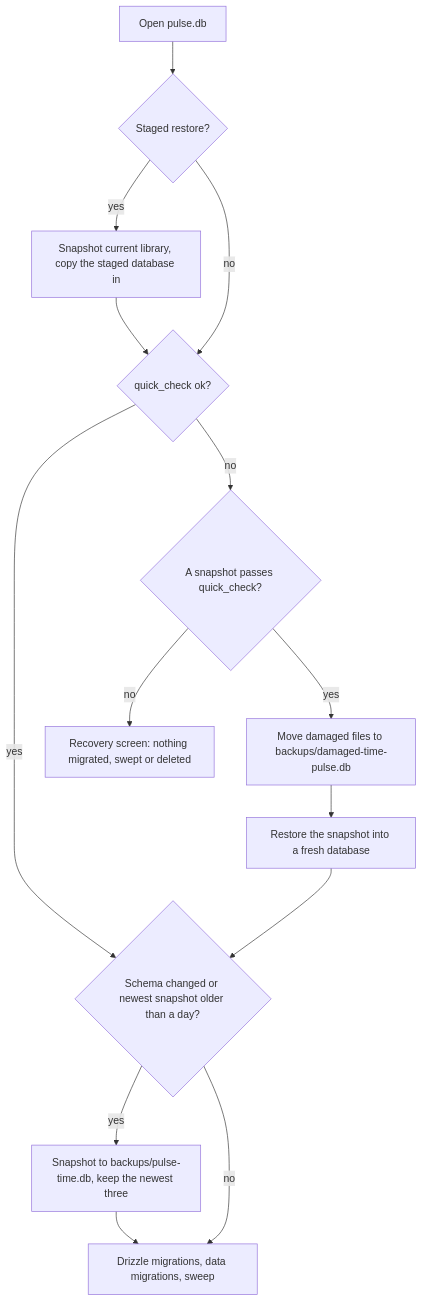
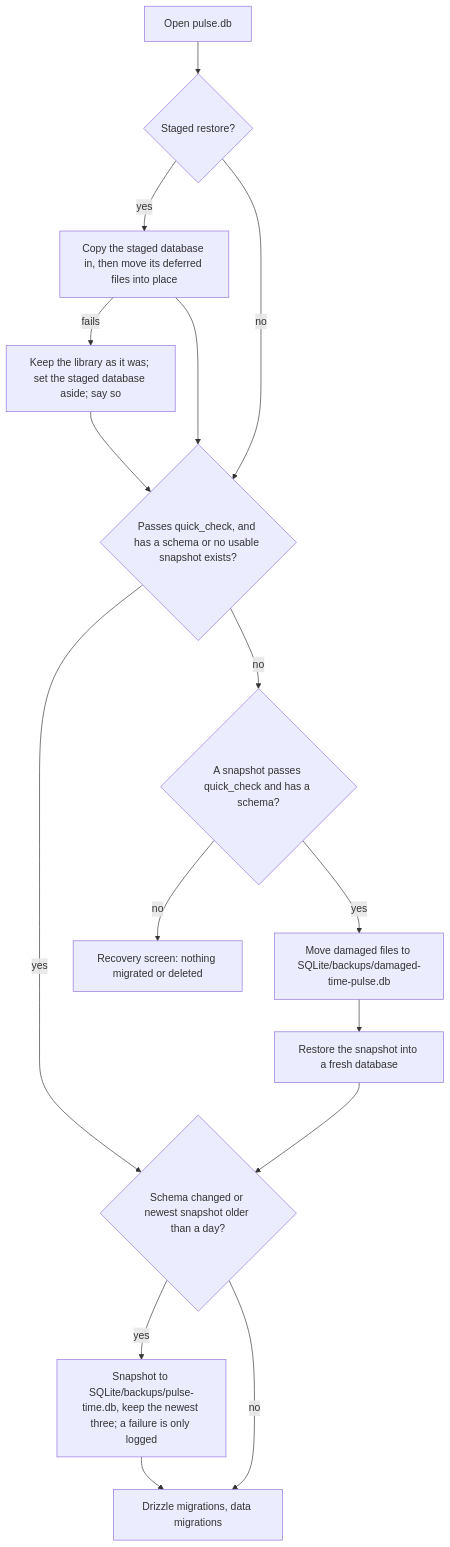
The diagram in docs/persistence.md (mieweb/pulse), drawn with Mermaid before and after one commit. The commit also changed other lines of this file and 17 other files, not shown here.

````diff
--- a/docs/persistence.md
+++ b/docs/persistence.md
@@ -24,13 +26,15 @@
 ```mermaid
 flowchart TD
   open[Open pulse.db] --> staged{Staged restore?}
-  staged -- yes --> apply[Snapshot current library, copy the staged database in]
+  staged -- yes --> apply[Copy the staged database in, then move its deferred files into place]
+  apply -- fails --> keep[Keep the library as it was; set the staged database aside; say so]
   staged -- no --> check
-  apply --> check{quick_check ok?}
+  apply --> check
+  keep --> check{Passes quick_check, and has a schema or no usable snapshot exists?}
   check -- yes --> snap{Schema changed or newest snapshot older than a day?}
-  check -- no --> sound{A snapshot passes quick_check?}
-  sound -- no --> fail[Recovery screen: nothing migrated, swept or deleted]
-  sound -- yes --> aside[Move damaged files to backups/damaged-time-pulse.db] --> restore[Restore the snapshot into a fresh database] --> snap
-  snap -- yes --> take[Snapshot to backups/pulse-time.db, keep the newest three] --> migrate[Drizzle migrations, data migrations, sweep]
+  check -- no --> usable{A snapshot passes quick_check and has a schema?}
+  usable -- no --> fail[Recovery screen: nothing migrated or deleted]
+  usable -- yes --> aside[Move damaged files to SQLite/backups/damaged-time-pulse.db] --> restore[Restore the snapshot into a fresh database] --> snap
+  snap -- yes --> take[Snapshot to SQLite/backups/pulse-time.db, keep the newest three; a failure is only logged] --> migrate[Drizzle migrations, data migrations]
   snap -- no --> migrate
 ```
````
